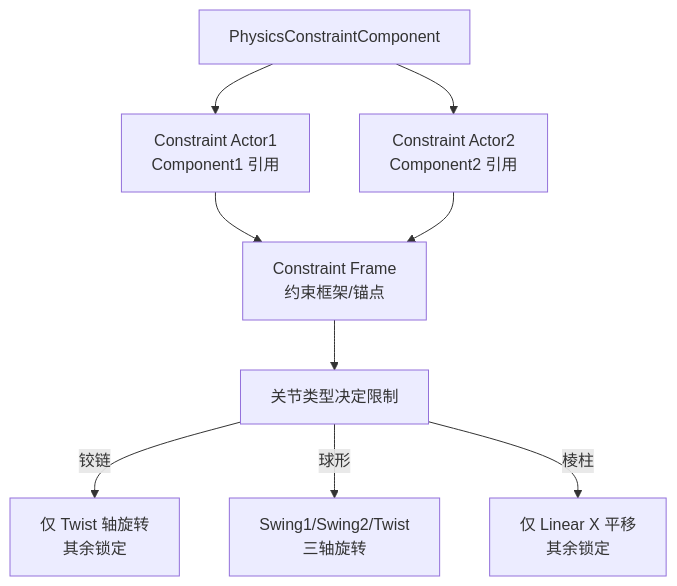
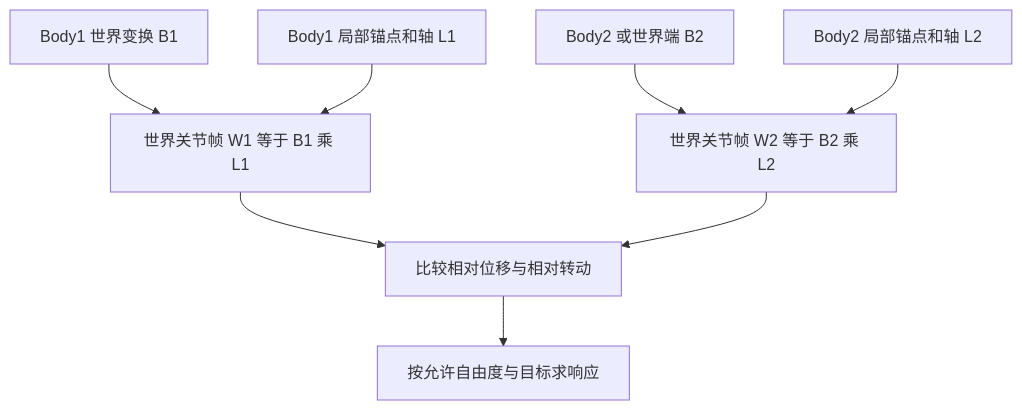
Before and after one commit to fantuan812/learning: the second of 5 diagrams in 知识/04-图形动画与物理仿真/物理求解与动力学/03-物理约束与关节.md, drawn with Mermaid. The commit also changed other lines of this file and 2 other files, not shown here.

````diff
--- a/知识/04-图形动画与物理仿真/物理求解与动力学/03-物理约束与关节.md
+++ b/知识/04-图形动画与物理仿真/物理求解与动力学/03-物理约束与关节.md
@@ -64,11 +72,10 @@
 ```mermaid
 flowchart TB
-    A[PhysicsConstraintComponent] --> B[Constraint Actor1<br/>Component1 引用]
-    A --> C[Constraint Actor2<br/>Component2 引用]
-    B --> D[Constraint Frame<br/>约束框架/锚点]
-    C --> D
-    D --> E[关节类型决定限制]
-    E -- 铰链 --> F[仅 Twist 轴旋转<br/>其余锁定]
-    E -- 球形 --> G[Swing1/Swing2/Twist<br/>三轴旋转]
-    E -- 棱柱 --> H[仅 Linear X 平移<br/>其余锁定]
+    B1[Body1 世界变换 B1] --> W1[世界关节帧 W1 等于 B1 乘 L1]
+    L1[Body1 局部锚点和轴 L1] --> W1
+    B2[Body2 或世界端 B2] --> W2[世界关节帧 W2 等于 B2 乘 L2]
+    L2[Body2 局部锚点和轴 L2] --> W2
+    W1 --> R[比较相对位移与相对转动]
+    W2 --> R
+    R --> J[按允许自由度与目标求响应]
 ```
````
